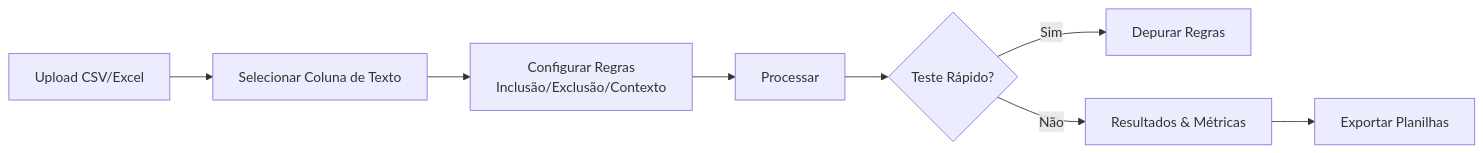
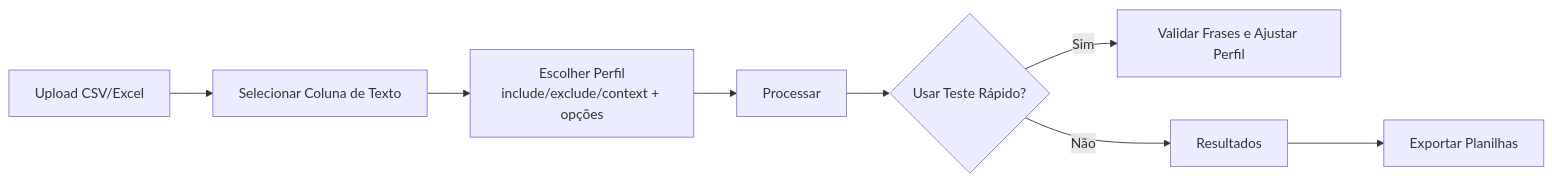
Before and after one commit to GuimaraesL/filtro_avancado_geral: the first of 2 diagrams in README.md, drawn with Mermaid. The commit also changed other lines of this file and 4 other files, not shown here.

````diff
--- a/README.md
+++ b/README.md
@@ -135,10 +178,10 @@
 ```mermaid
 flowchart LR
     A[Upload CSV/Excel] --> B[Selecionar Coluna de Texto]
-    B --> C[Configurar Regras<br/>Inclusão/Exclusão/Contexto]
+    B --> C[Escolher Perfil<br/>include/exclude/context + opções]
     C --> D[Processar]
-    D --> E{Teste Rápido?}
-    E -- Sim --> F[Depurar Regras]
-    E -- Não --> G[Resultados & Métricas]
+    D --> E{Usar Teste Rápido?}
+    E -- Sim --> F[Validar Frases e Ajustar Perfil]
+    E -- Não --> G[Resultados]
     G --> H[Exportar Planilhas]
 ```
````
